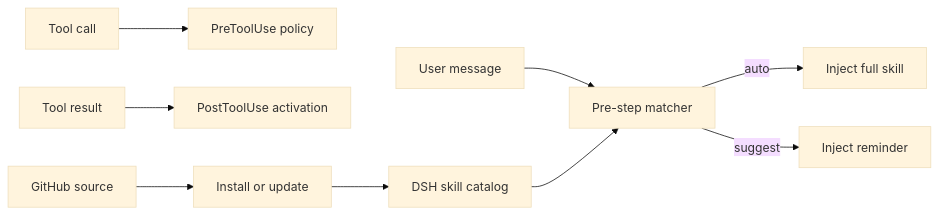
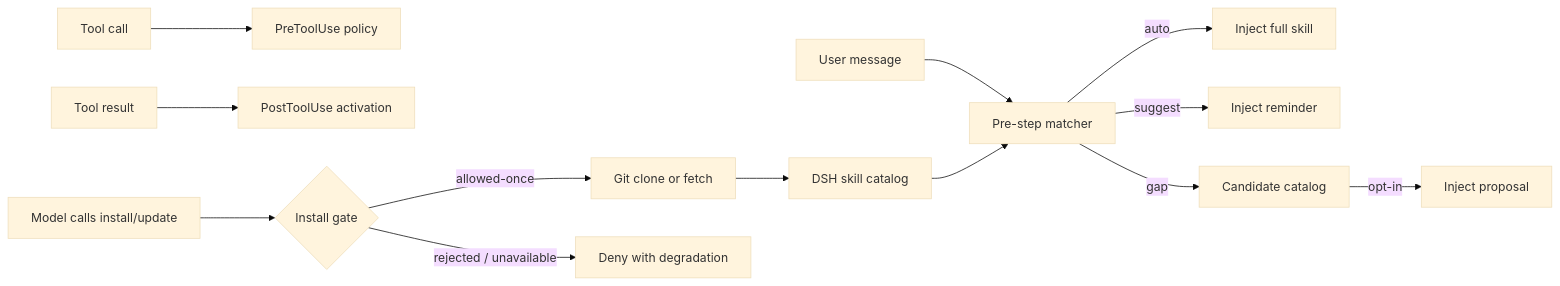
One commit to Existence001100/dsh-skills-manager changed the diagram in README.md. Above: the diagram before and after it, drawn with Mermaid (base theme). The commit also changed other lines of this file, not shown here.

First line of the commit message:
Enhance README with installation and proposal details

````diff
--- a/README.md
+++ b/README.md
@@ -77,11 +79,15 @@
 ```mermaid
 flowchart LR
     U[User message] --> M[Pre-step matcher]
     M -->|auto| A[Inject full skill]
     M -->|suggest| S[Inject reminder]
+    M -->|gap| P2[Candidate catalog]
+    P2 -->|opt-in| PR[Inject proposal]
     T[Tool call] --> P[PreToolUse policy]
     R[Tool result] --> O[PostToolUse activation]
-    G[GitHub source] --> Y[Install or update]
+    I[Model calls install/update] --> G{Install gate}
+    G -->|allowed-once| Y[Git clone or fetch]
+    G -->|rejected / unavailable| D[Deny with degradation]
     Y --> C[DSH skill catalog]
     C --> M
 ```
````
